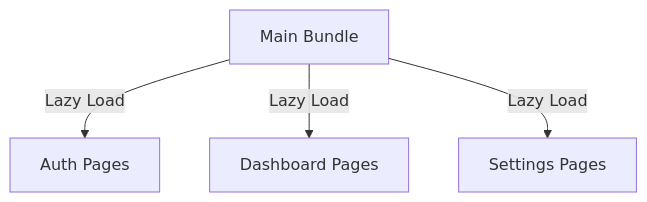
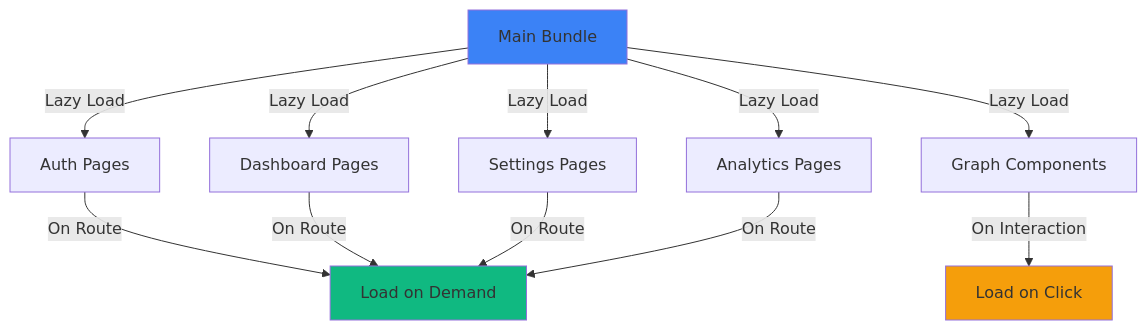
Before and after one commit to amertarva/amertask: diagram 17 of 27 in apps/web/ARCHITECTURE.md, drawn with Mermaid. The commit also changed other lines of this file and 150 other files, not shown here.

````diff
--- a/apps/web/ARCHITECTURE.md
+++ b/apps/web/ARCHITECTURE.md
@@ -599,6 +1195,18 @@
 ```mermaid
 graph TB
     A[Main Bundle] -->|Lazy Load| B[Auth Pages]
     A -->|Lazy Load| C[Dashboard Pages]
     A -->|Lazy Load| D[Settings Pages]
+    A -->|Lazy Load| E[Graph Components]
+    A -->|Lazy Load| F[Analytics Pages]
+
+    B -->|On Route| G[Load on Demand]
+    C -->|On Route| G
+    D -->|On Route| G
+    E -->|On Interaction| H[Load on Click]
+    F -->|On Route| G
+
+    style A fill:#3b82f6
+    style G fill:#10b981
+    style H fill:#f59e0b
 ```
````
